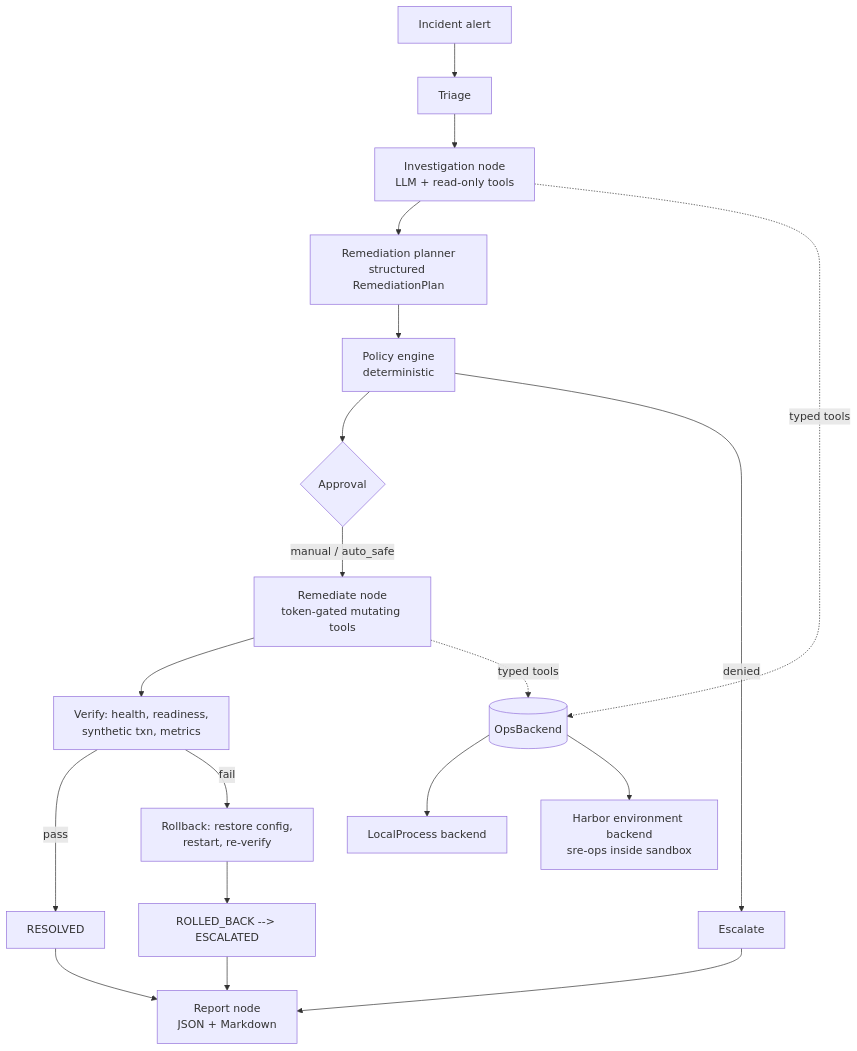
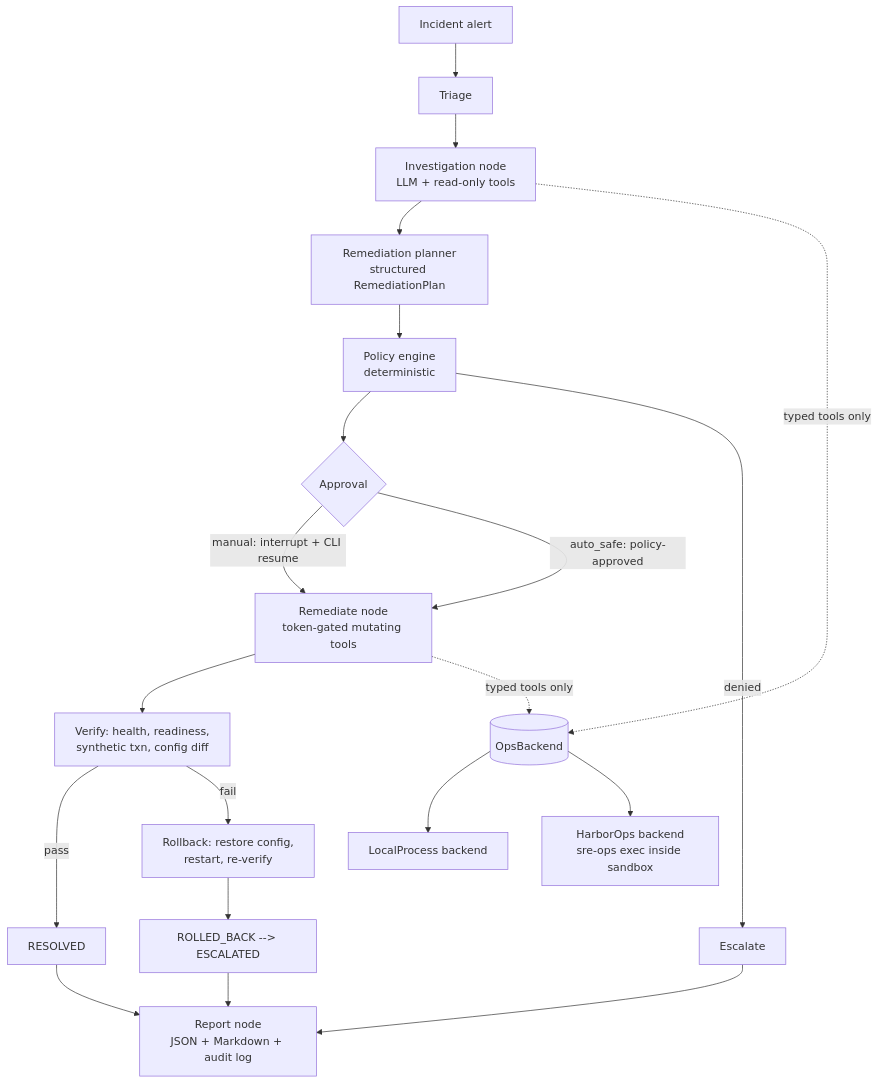
The diagram in README.md (thanay-sisir/sentinelsre), drawn with Mermaid before and after one commit. The commit also changed other lines of this file and 4 other files, not shown here.

````diff
--- a/README.md
+++ b/README.md
@@ -18,20 +18,21 @@
 ```mermaid
 flowchart TD
     A[Incident alert] --> B[Triage]
     B --> C[Investigation node<br/>LLM + read-only tools]
     C --> D[Remediation planner<br/>structured RemediationPlan]
     D --> E[Policy engine<br/>deterministic]
     E --> F{Approval}
-    F -->|manual / auto_safe| G[Remediate node<br/>token-gated mutating tools]
+    F -->|manual: interrupt + CLI resume| G[Remediate node<br/>token-gated mutating tools]
+    F -->|auto_safe: policy-approved| G
     E -->|denied| H[Escalate]
-    G --> I[Verify: health, readiness,<br/>synthetic txn, metrics]
+    G --> I[Verify: health, readiness,<br/>synthetic txn, config diff]
     I -->|pass| J[RESOLVED]
     I -->|fail| K[Rollback: restore config,<br/>restart, re-verify]
     K --> L[ROLLED_BACK --> ESCALATED]
-    J --> M[Report node<br/>JSON + Markdown]
+    J --> M[Report node<br/>JSON + Markdown + audit log]
     H --> M
     L --> M
-    C & G -.->|typed tools| N[(OpsBackend)]
+    C & G -.->|typed tools only| N[(OpsBackend)]
     N --> O[LocalProcess backend]
-    N --> P[Harbor environment backend<br/>sre-ops inside sandbox]
+    N --> P[HarborOps backend<br/>sre-ops exec inside sandbox]
 ```
````
